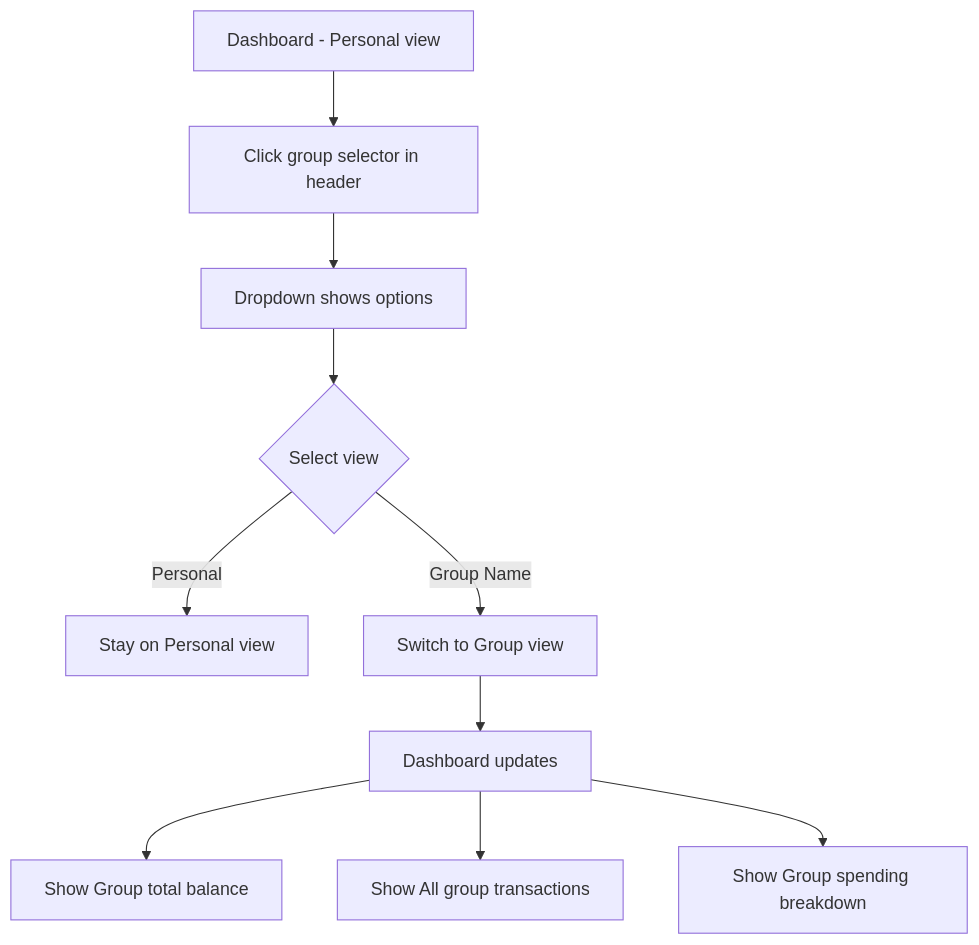
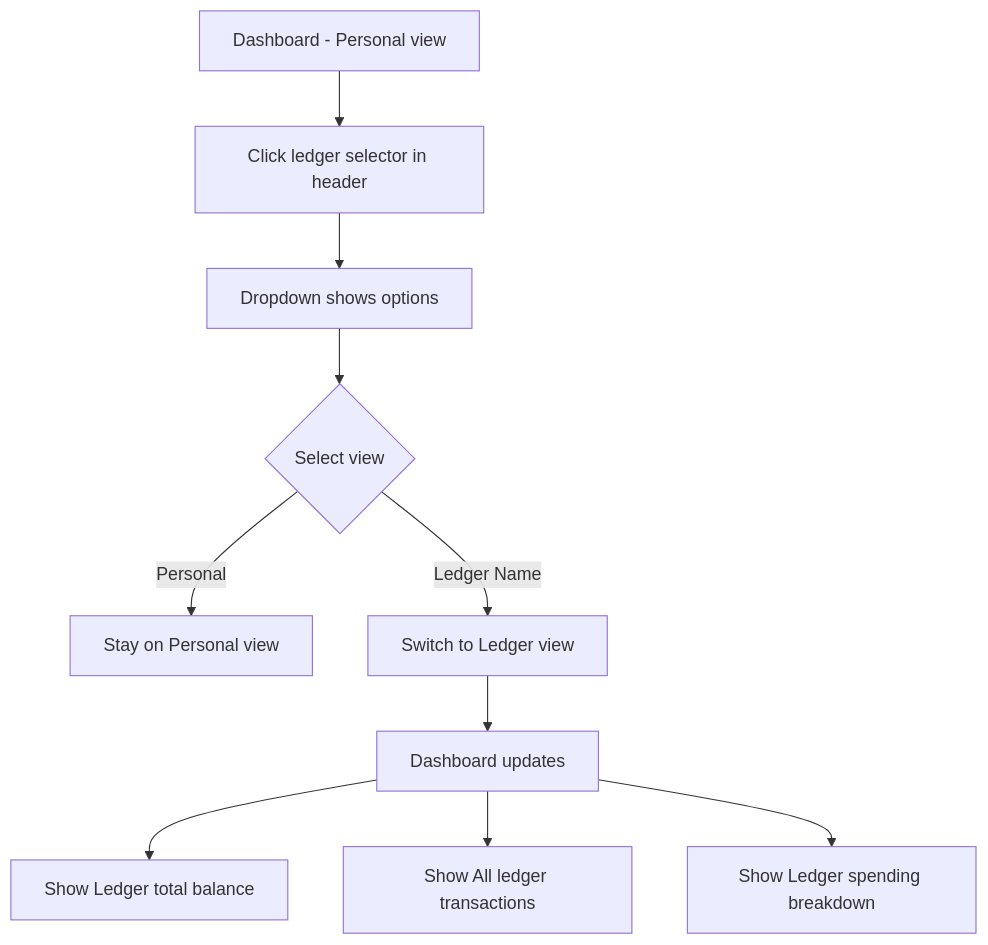
Before and after one commit to hushiyan01/S-ACCT-BOOKS: the fifth of 5 diagrams in docs/project-ideas/PRODUCT_SPEC.md, drawn with Mermaid. The commit also changed other lines of this file and 5 other files, not shown here.

Commit message:
update schema, remove group & add ledger

````diff
--- a/docs/project-ideas/PRODUCT_SPEC.md
+++ b/docs/project-ideas/PRODUCT_SPEC.md
@@ -265,12 +265,12 @@
 ```mermaid
 flowchart TD
-    A[Dashboard - Personal view] --> B[Click group selector in header]
+    A[Dashboard - Personal view] --> B[Click ledger selector in header]
     B --> C[Dropdown shows options]
     C --> D{Select view}
     D -->|Personal| E[Stay on Personal view]
-    D -->|Group Name| F[Switch to Group view]
+    D -->|Ledger Name| F[Switch to Ledger view]
     F --> G[Dashboard updates]
-    G --> H[Show Group total balance]
-    G --> I[Show All group transactions]
-    G --> J[Show Group spending breakdown]
+    G --> H[Show Ledger total balance]
+    G --> I[Show All ledger transactions]
+    G --> J[Show Ledger spending breakdown]
 ```
````
